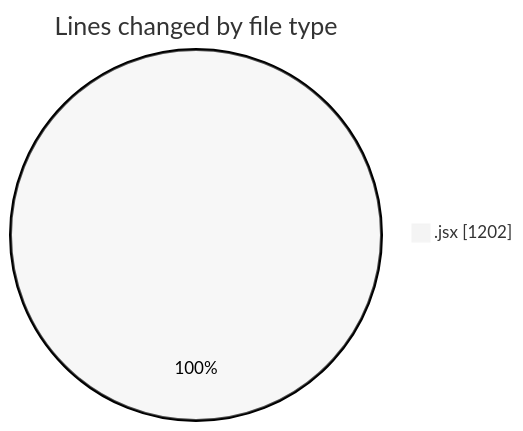
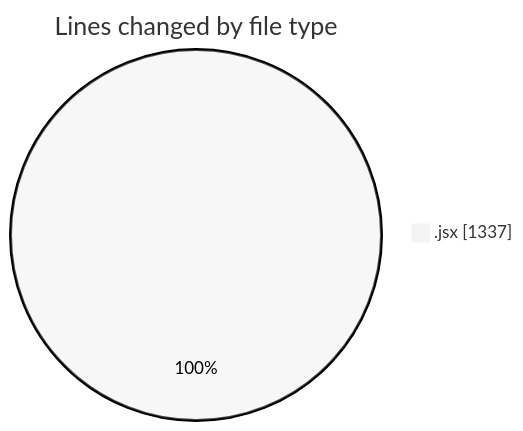
The first of 2 diagrams in 2025-10-08/nxtqube_webapp/README.md (nxtqubesakshisongat/code-tracking), drawn with Mermaid (neutral theme) before and after one commit. The commit also changed other lines of this file and 1 other file, not shown here.

````diff
--- a/2025-10-08/nxtqube_webapp/README.md
+++ b/2025-10-08/nxtqube_webapp/README.md
@@ -21,5 +21,5 @@
 ```mermaid
 pie showData
 title Lines changed by file type
-".jsx" : 1202
+".jsx" : 1337
 ```
````
